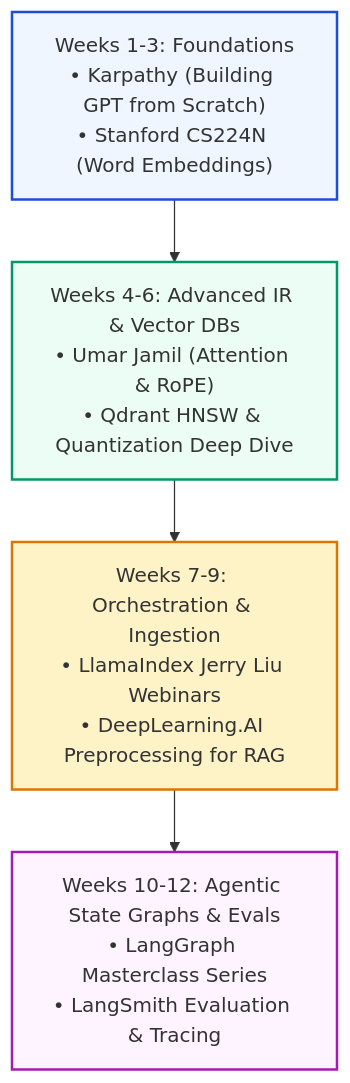
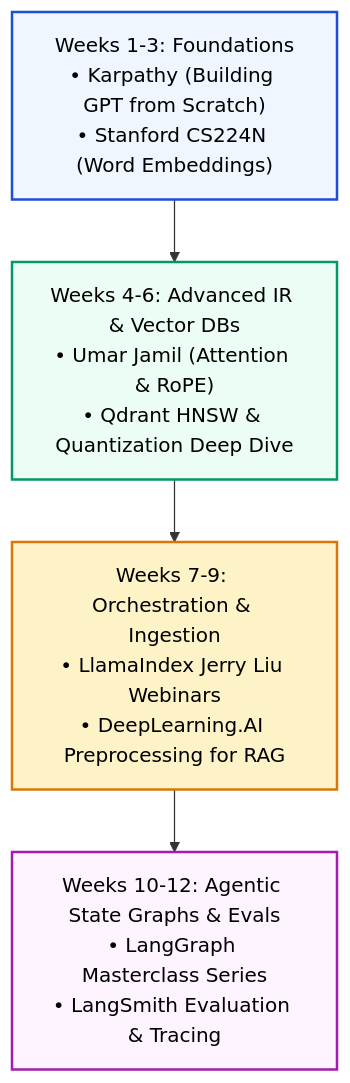
The third of 3 diagrams in 12-Resources/YouTube-Resources.md (swapnil3104/RAG-Engineering), drawn with Mermaid before and after one commit. The commit also changed other lines of this file and 108 other files, not shown here.

Commit message:
fix: make chart text visible across all Mermaid diagrams and resolve markdown table formatting issues

````diff
--- a/12-Resources/YouTube-Resources.md
+++ b/12-Resources/YouTube-Resources.md
@@ -416,14 +416,14 @@
 ```mermaid
 flowchart TD
     W1["Weeks 1-3: Foundations<br/>• Karpathy (Building GPT from Scratch)<br/>• Stanford CS224N (Word Embeddings)"]
     W2["Weeks 4-6: Advanced IR & Vector DBs<br/>• Umar Jamil (Attention & RoPE)<br/>• Qdrant HNSW & Quantization Deep Dive"]
     W3["Weeks 7-9: Orchestration & Ingestion<br/>• LlamaIndex Jerry Liu Webinars<br/>• DeepLearning.AI Preprocessing for RAG"]
     W4["Weeks 10-12: Agentic State Graphs & Evals<br/>• LangGraph Masterclass Series<br/>• LangSmith Evaluation & Tracing"]
 
     W1 --> W2 --> W3 --> W4
 
-    style W1 fill:#eff6ff,stroke:#1d4ed8,stroke-width:2px
-    style W2 fill:#ecfdf5,stroke:#059669,stroke-width:2px
-    style W3 fill:#fef3c7,stroke:#d97706,stroke-width:2px
-    style W4 fill:#fdf4ff,stroke:#a21caf,stroke-width:2px
+    style W1 fill:#eff6ff,stroke:#1d4ed8,stroke-width:2px,color:#000000
+    style W2 fill:#ecfdf5,stroke:#059669,stroke-width:2px,color:#000000
+    style W3 fill:#fef3c7,stroke:#d97706,stroke-width:2px,color:#000000
+    style W4 fill:#fdf4ff,stroke:#a21caf,stroke-width:2px,color:#000000
 ```
````
